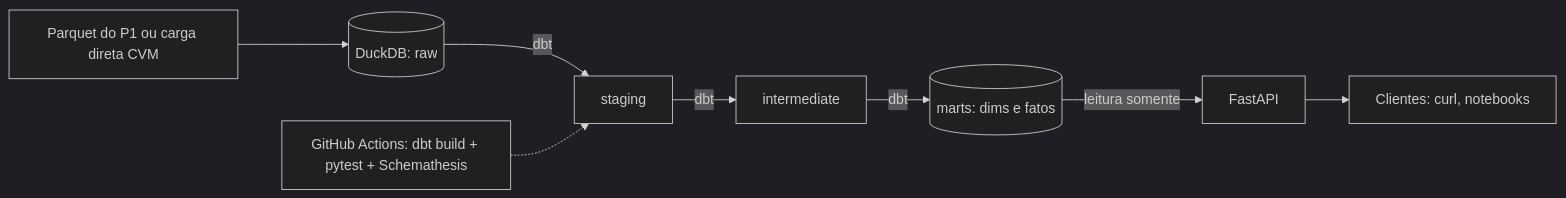
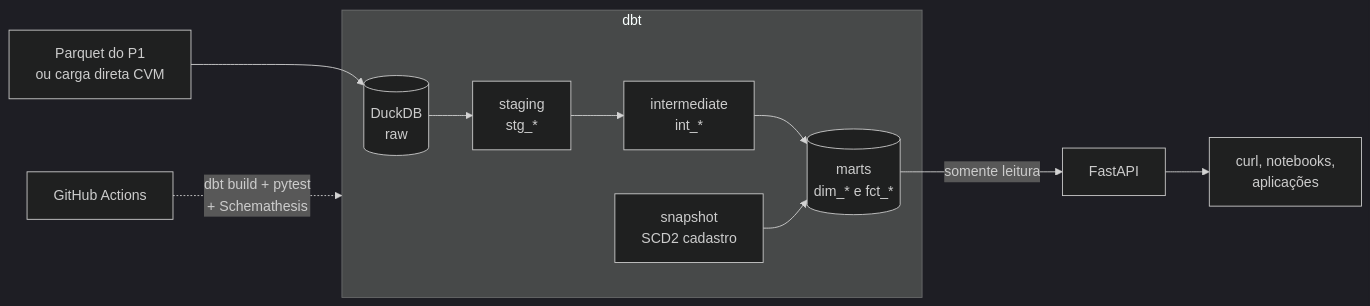
The first of 2 diagrams in README.md (thalesreiser/dbt-dw-api), drawn with Mermaid (dark theme) before and after one commit. The commit also changed other lines of this file and 2 other files, not shown here.

````diff
--- a/README.md
+++ b/README.md
@@ -11,7 +24,13 @@
 ```mermaid
 flowchart LR
-  SRC[Parquet do P1 ou carga direta CVM] --> RAW[(DuckDB: raw)]
-  RAW -->|dbt| STG[staging] -->|dbt| INT[intermediate] -->|dbt| MART[(marts: dims e fatos)]
-  MART -->|leitura somente| API[FastAPI] --> CLI[Clientes: curl, notebooks]
-  GH[GitHub Actions: dbt build + pytest + Schemathesis] -.-> STG
+  SRC[Parquet do P1<br/>ou carga direta CVM] --> RAW[(DuckDB<br/>raw)]
+  subgraph dbt
+    RAW --> STG[staging<br/>stg_*]
+    STG --> INT[intermediate<br/>int_*]
+    INT --> MART[(marts<br/>dim_* e fct_*)]
+    SNAP[snapshot<br/>SCD2 cadastro] --> MART
+  end
+  MART -->|somente leitura| API[FastAPI]
+  API --> CLI[curl, notebooks,<br/>aplicações]
+  GH[GitHub Actions] -.->|dbt build + pytest<br/>+ Schemathesis| dbt
 ```
````
